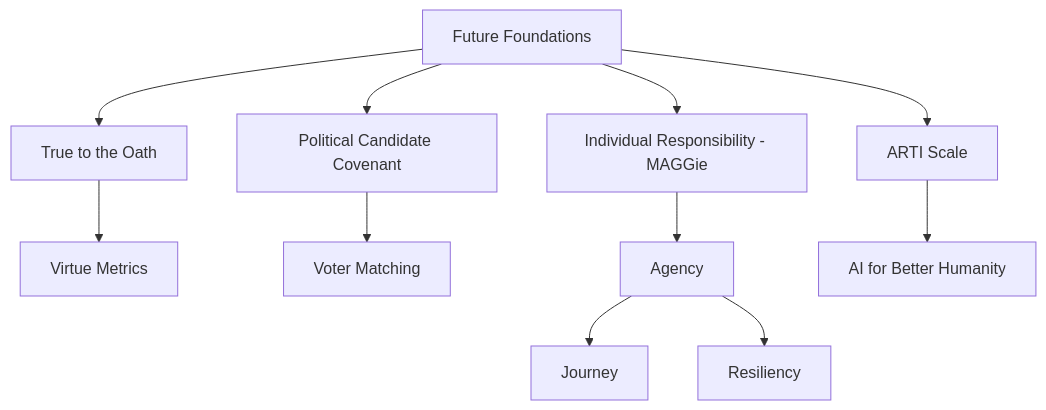
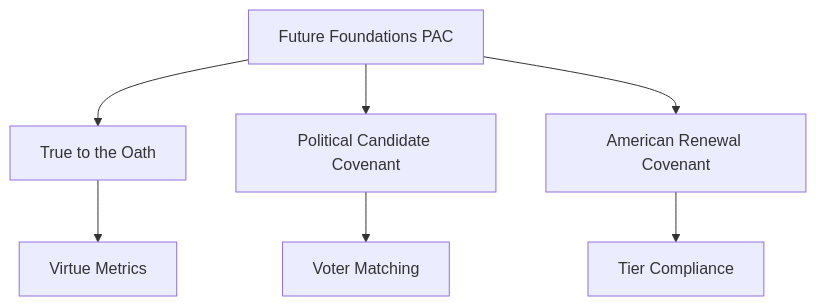
The diagram in README.md (gcrispin59/FutureFoundations), drawn with Mermaid before and after one commit. The commit also changed other lines of this file and 14 other files, not shown here.

First line of the commit message:
Add civic design system and decouple MAGGie/ARTI from PAC scope.

````diff
--- a/README.md
+++ b/README.md
@@ -15,14 +17,10 @@
 ```mermaid
 graph TD
-    FF[Future Foundations] --> TTO[True to the Oath]
+    FF[Future Foundations PAC]
+    FF --> TTO[True to the Oath]
     FF --> PCC[Political Candidate Covenant]
-    FF --> IR[Individual Responsibility - MAGGie]
-    FF --> ARTI[ARTI Scale]
-    
+    FF --> ARC[American Renewal Covenant]
     TTO --> TTO_VM[Virtue Metrics]
     PCC --> PCC_VM[Voter Matching]
-    IR --> AG[Agency]
-    AG --> J[Journey]
-    AG --> R[Resiliency]
-    ARTI --> ARTI_BH[AI for Better Humanity]
+    ARC --> ARC_T[Tier Compliance]
 ```
````
